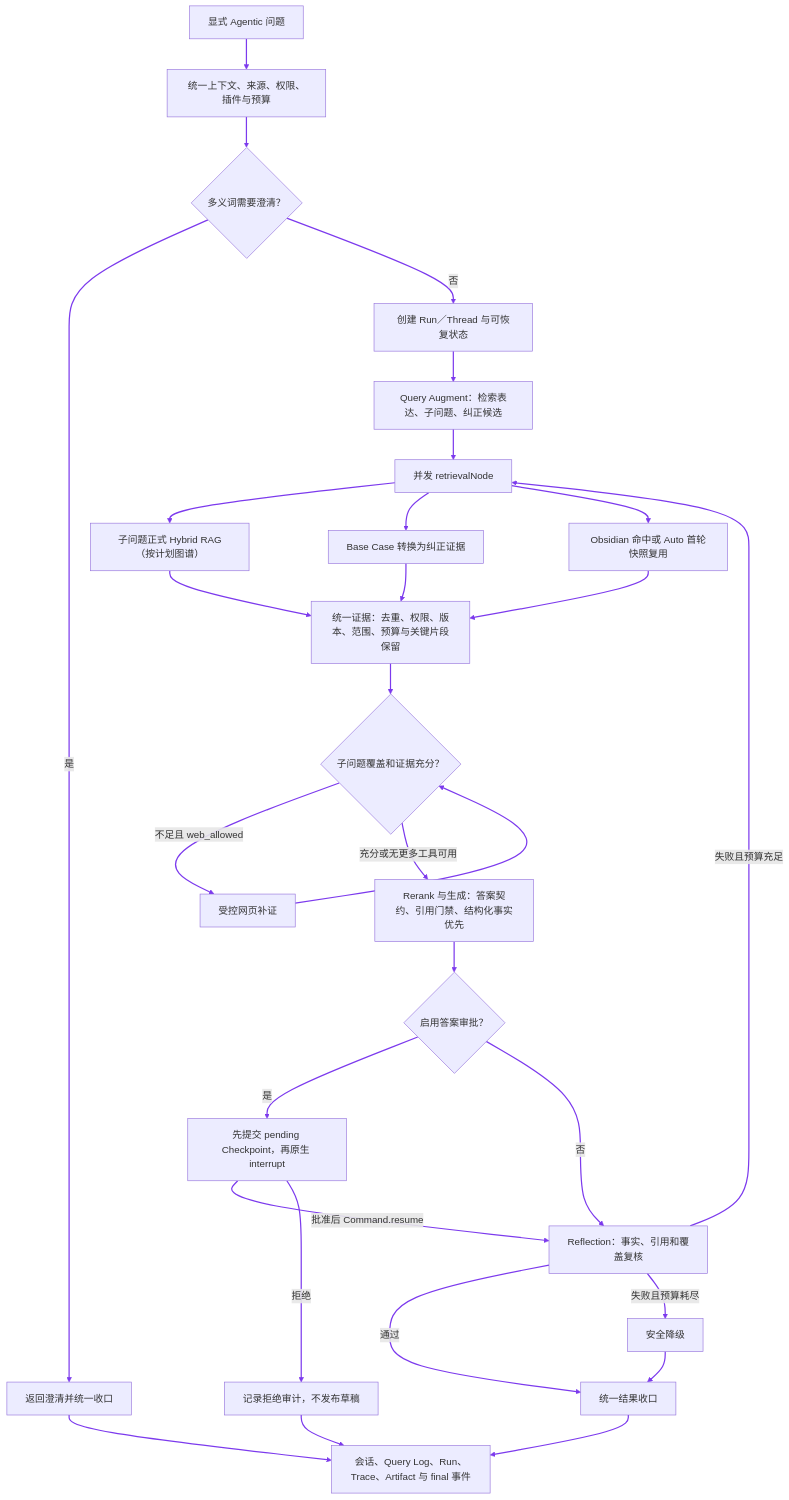
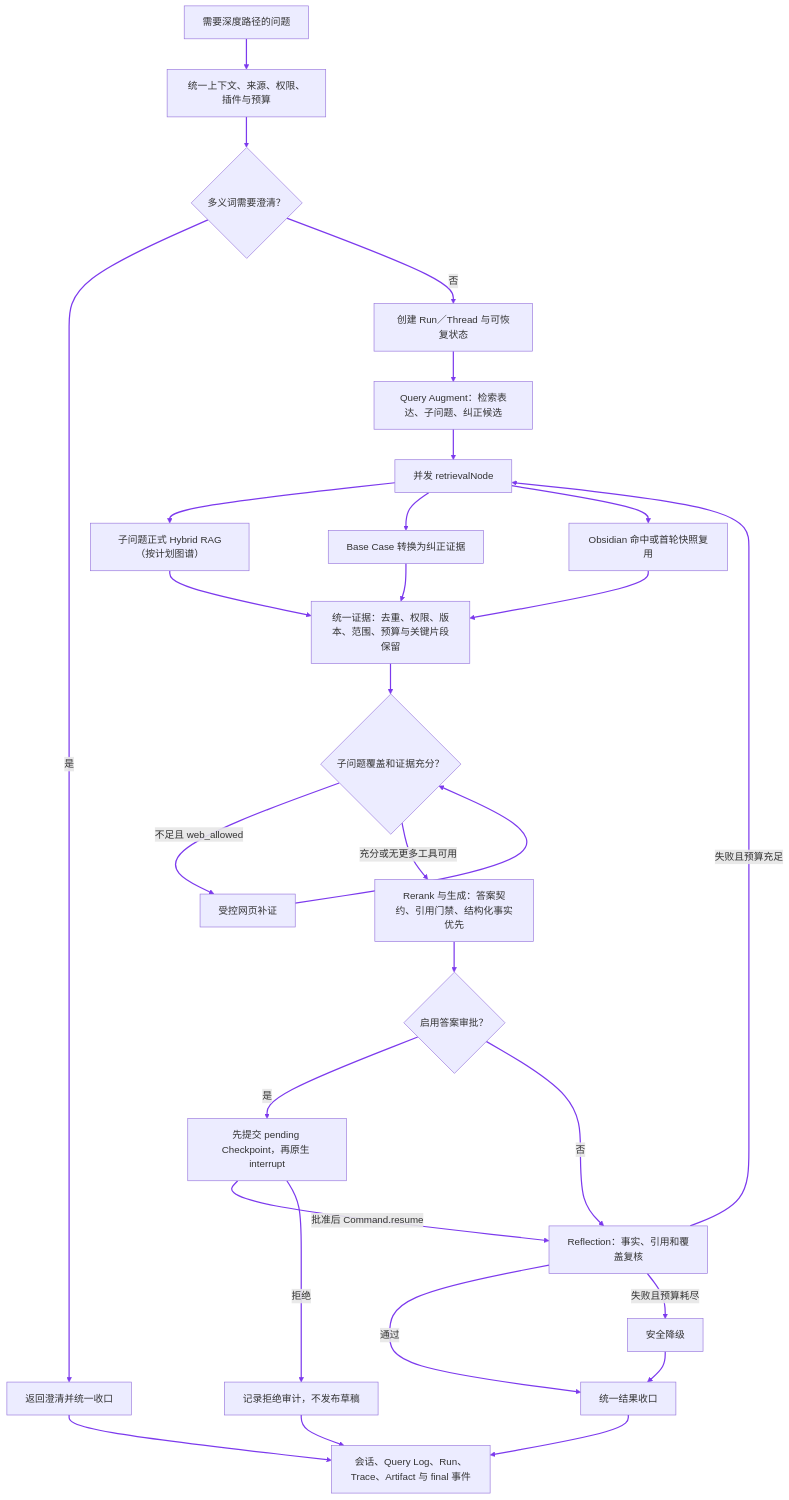
Before and after one commit to monstereatai/RAG: the seventh of 15 diagrams in docs/interview/功能步骤流程.md, drawn with Mermaid. The commit also changed other lines of this file and 1983 other files, not shown here.

````diff
--- a/docs/interview/功能步骤流程.md
+++ b/docs/interview/功能步骤流程.md
@@ -280,32 +276,32 @@
 ```mermaid
 flowchart TB
-  A[显式 Agentic 问题] --> B[统一上下文、来源、权限、插件与预算]
+  A[需要深度路径的问题] --> B[统一上下文、来源、权限、插件与预算]
   B --> C{多义词需要澄清？}
   C -->|是| D[返回澄清并统一收口]
   C -->|否| E[创建 Run／Thread 与可恢复状态]
   E --> F[Query Augment：检索表达、子问题、纠正候选]
   F --> G[并发 retrievalNode]
   G --> H[子问题正式 Hybrid RAG（按计划图谱）]
   G --> I[Base Case 转换为纠正证据]
-  G --> J[Obsidian 命中或 Auto 首轮快照复用]
+  G --> J[Obsidian 命中或首轮快照复用]
   H --> K[统一证据：去重、权限、版本、范围、预算与关键片段保留]
   I --> K
   J --> K
   K --> L{子问题覆盖和证据充分？}
   L -->|不足且 web_allowed| M[受控网页补证]
   M --> L
   L -->|充分或无更多工具可用| N[Rerank 与生成：答案契约、引用门禁、结构化事实优先]
   N --> O{启用答案审批？}
   O -->|是| P[先提交 pending Checkpoint，再原生 interrupt]
   O -->|否| Q[Reflection：事实、引用和覆盖复核]
   P -->|批准后 Command.resume| Q
   P -->|拒绝| R[记录拒绝审计，不发布草稿]
   Q -->|通过| S[统一结果收口]
   Q -->|失败且预算充足| G
   Q -->|失败且预算耗尽| T[安全降级]
   T --> S
   S --> U[会话、Query Log、Run、Trace、Artifact 与 final 事件]
   D --> U
   R --> U
   linkStyle 0,1,2,3,4,5,6,7,8,9,10,11,12,13,14,15,16,17,18,19,20,21,22,23,24,25,26,27 stroke:#7c3aed,stroke-width:2px
 ```
````
